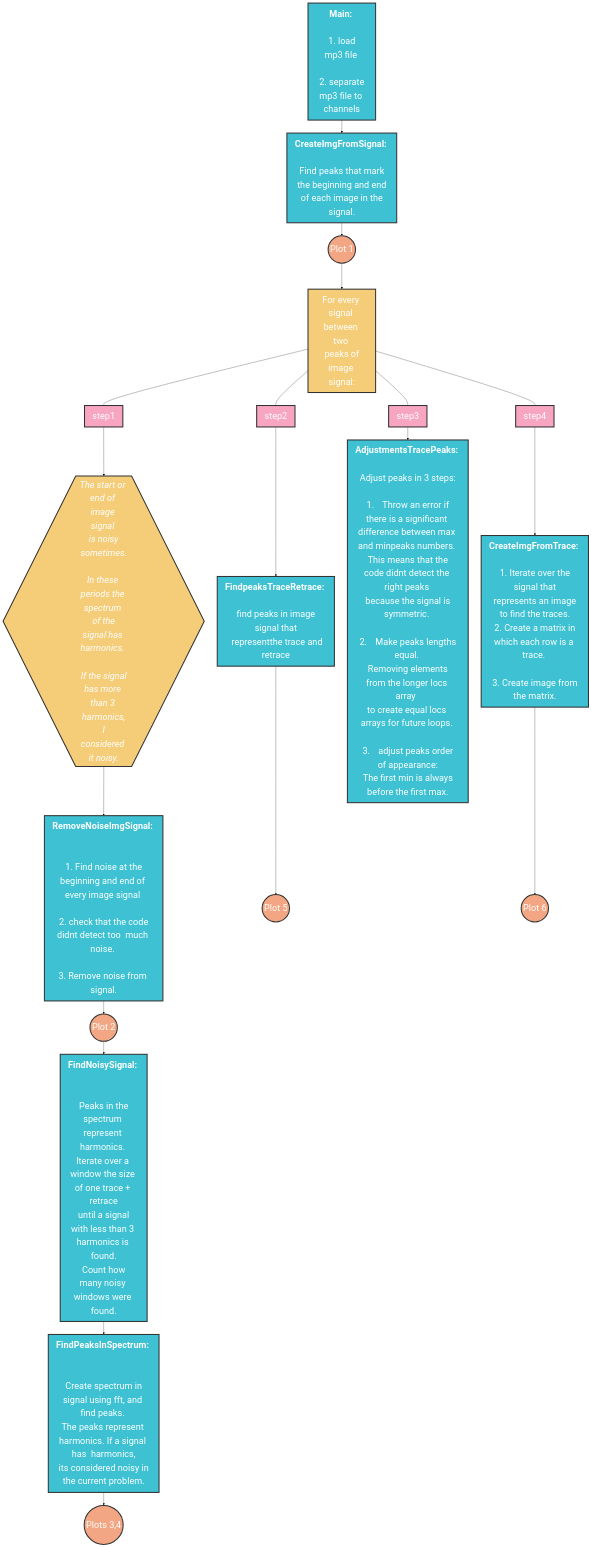
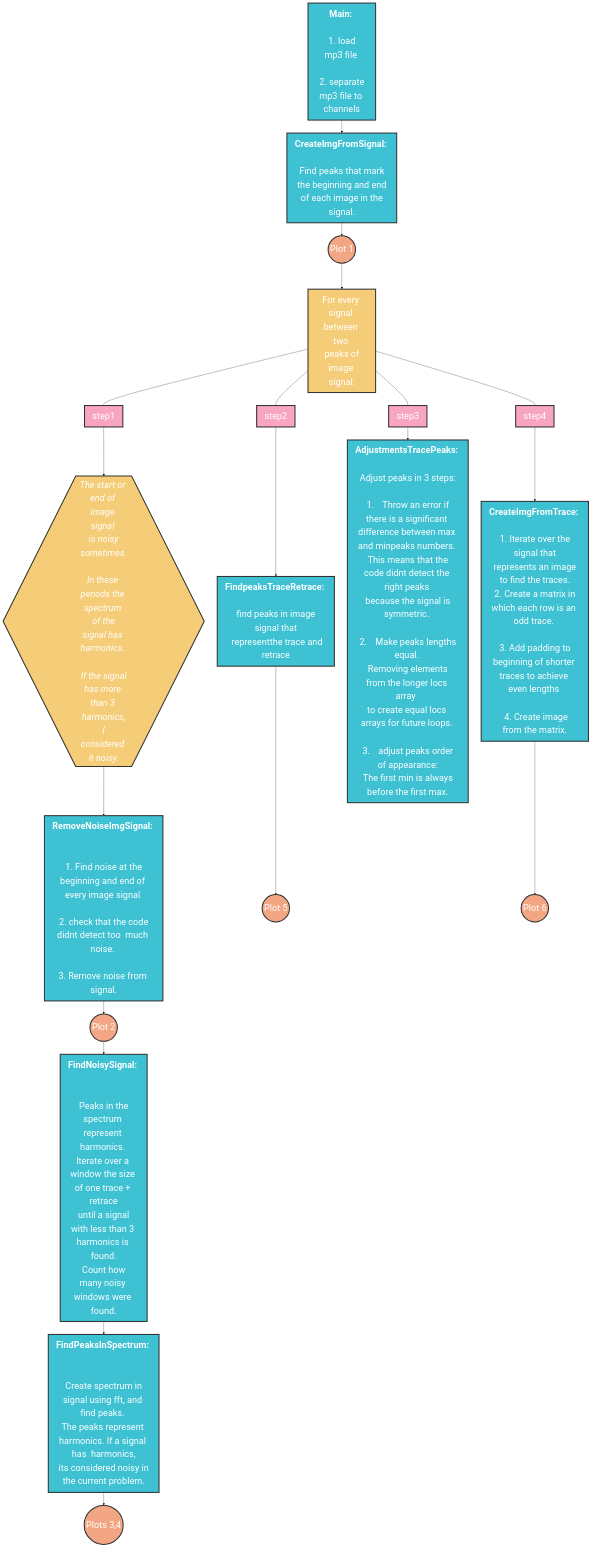
One commit to michalevin25/VoyagerGoldenDisk changed the diagram in README.md. Above: the diagram before and after it, drawn with Mermaid.

````diff
--- a/README.md
+++ b/README.md
@@ -18,57 +18,57 @@
 ```mermaid
 %%{init: {'theme': 'base', 'themeVariables': { 'fontSize': '35px'}}}%%
 flowchart TB
 
 
 
 %% Nodes:
 
     id1[<b>Main:</b> <br /> <br /> 1. load mp3 file <br /> <br /> 2. separate mp3 file to channels]
     
     id2[<b>CreateImgFromSignal:</b> <br /> <br /> Find peaks that mark the beginning and end<br /> of each image in the signal.]
     
     id3[For every signal between two <br /> peaks of image signal:]
     
     id4{{<i>The start or end of image signal <br /> is noisy sometimes.<br /> <br />In these periods the spectrum <br /> of the signal has harmonics. <br /><br /> If the signal has more than 3 harmonics,<br /> I considered it noisy.</i>}}
     
     id5[<b>RemoveNoiseImgSignal:</b>  <br /> <br /> 1. Find noise at the beginning and end of every image signal <br /> <br /> 2. check that the code didnt detect too  much noise. <br /> <br />3. Remove noise from signal. ]
         
     id6[<b>FindNoisySignal:</b>  <br /> <br /> Peaks in the spectrum represent harmonics. <br />Iterate over a window the size of one trace + retrace<br /> until a signal with less than 3 harmonics is found.<br /> Count how many noisy windows were found.]
     
     id7[<b>FindPeaksInSpectrum:</b>  <br /> <br /> Create spectrum in signal using fft, and find peaks. <br />The peaks represent harmonics. If a signal has  harmonics,<br /> its considered noisy in the current problem.]
         
     id8[<b>FindpeaksTraceRetrace:</b> <br />  <br /> find peaks in image signal that<br />  representthe trace and retrace]
         
     id9[<b>AdjustmentsTracePeaks:</b> <br />  <br /> Adjust peaks in 3 steps: <br /> <br /> 1.	Throw an error if there is a significant <br />difference between max and minpeaks numbers. <br /> This means that the code didnt detect the right peaks <br /> because the signal is symmetric. <br /> <br /> 2.	Make peaks lengths equal. <br /> Removing elements from the longer locs array  <br />to create equal locs arrays for future loops. <br /> <br /> 3.	adjust peaks order of appearance:<br /> The first min is always before the first max.]
     
-    id10[<b>CreateImgFromTrace:</b> <br />  <br /> 1. Iterate over the signal that<br /> represents an image to find the traces.<br /> 2. Create a matrix in which each row is a trace. <br /> <br /> 3. Create image from the matrix.]
+    id10[<b>CreateImgFromTrace:</b> <br />  <br /> 1. Iterate over the signal that<br /> represents an image to find the traces.<br /> 2. Create a matrix in which each row is an odd trace. <br /> <br /> 3. Add padding to beginning of shorter traces to achieve even lengths <br /> <br />  4. Create image from the matrix.]
     
     %% plot nodes:
    
     plt1((Plot 1)) 
     plt2((Plot 2)) 
     plt34((Plots 3,4)) 
     plt5((Plot 5)) 
     plt6((Plot 6)) 
     
     %% Relations between nodes: 
     
     id1--> id2 --> plt1 ---> id3
     id3 --- step1 --> id4  --> id5 --> plt2--> id6 --> id7 --> plt34
     id3---  step2--> id8 --> plt5
     id3---  step3--> id9
     id3---  step4--> id10 --> plt6 
     
     %% attaching to class for styling:
     
     class id1,id2,id5,id6,id7,id8,id9,id10 nodesfunc;
     class id3,id4 nodescomment;
     class plt1,plt2,plt34,plt5,plt6 nodesplt;
     
     %% styling:
     classDef default      fill:#f8a5c2, stroke:#333,stroke-width:4px, color:#fff
     classDef nodesfunc    fill:#3dc1d3, stroke:#333,stroke-width:4px, color:#fff
     classDef nodescomment fill:#f5cd79, stroke:#333,stroke-width:4px, color:#fff
     classDef nodesplt     fill:#f3a683, stroke:#333,stroke-width:4px, color:#fff
 
 ```
````
